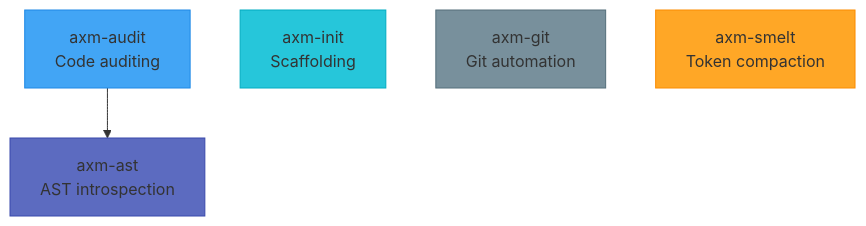
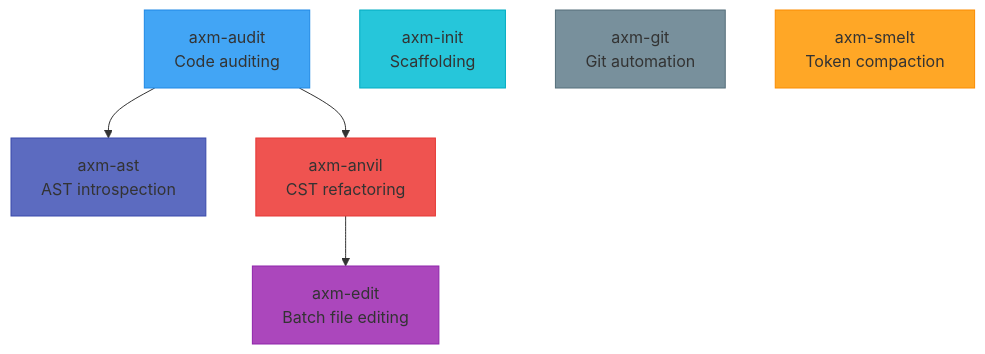
Before and after one commit to axm-protocols/axm-forge: the diagram in README.md, drawn with Mermaid. The commit also changed other lines of this file and 143 other files, not shown here.

First line of the commit message:
feat(workspace): adopt axm-anvil and axm-edit from axm-draft

````diff
--- a/README.md
+++ b/README.md
@@ -59,14 +61,19 @@
 ```mermaid
 graph TD
     classDef ast fill:#5C6BC0,stroke:#3949AB
     classDef audit fill:#42A5F5,stroke:#1E88E5
     classDef init fill:#26C6DA,stroke:#00ACC1
     classDef git fill:#78909C,stroke:#546E7A
     classDef smelt fill:#FFA726,stroke:#FB8C00
+    classDef anvil fill:#EF5350,stroke:#E53935
+    classDef edit fill:#AB47BC,stroke:#8E24AA
 
     AST["axm-ast<br/>AST introspection"]:::ast
     AUDIT["axm-audit<br/>Code auditing"]:::audit --> AST
+    AUDIT --> ANVIL
     INIT["axm-init<br/>Scaffolding"]:::init
     GIT["axm-git<br/>Git automation"]:::git
     SMELT["axm-smelt<br/>Token compaction"]:::smelt
+    ANVIL["axm-anvil<br/>CST refactoring"]:::anvil --> EDIT
+    EDIT["axm-edit<br/>Batch file editing"]:::edit
 ```
````
